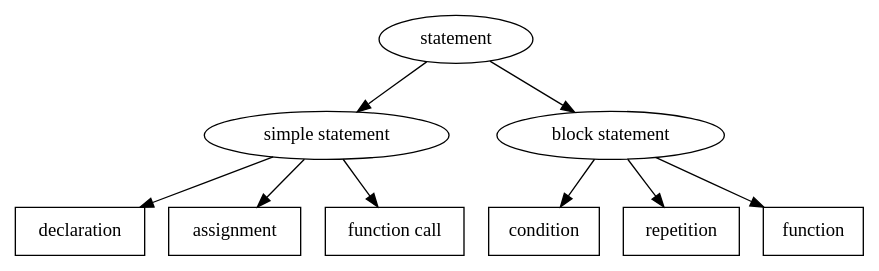
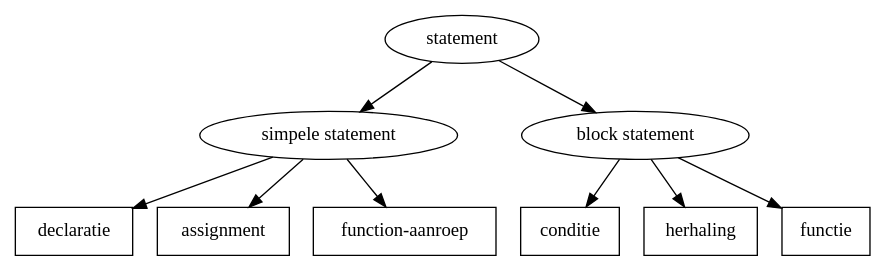
One commit to bartvoet/groupt_microcontrollers changed the diagram in graphviz/code_hierachy_of_statements.dot. Above: the diagram before and after it, drawn with Graphviz. The commit also changed 15 other files, not shown here.

```diff
--- a/graphviz/code_hierachy_of_statements.dot
+++ b/graphviz/code_hierachy_of_statements.dot
@@ -1,24 +1,24 @@
  digraph graphname {
 	statement[label="statement"];
-	simple_statement[label="simple statement"];
+	simple_statement[label="simpele statement"];
 	block_statement[label="block statement"];
 	statement -> simple_statement;
 	statement -> block_statement;
 	
-	declaration[label="declaration",shape=box]
+	declaration[label="declaratie",shape=box]
 	assignment[label="assignment",shape=box]
-	function_call[label="function call",shape=box]
+	function_call[label="function-aanroep",shape=box]
 	
 	simple_statement -> function_call
 	simple_statement -> assignment
 	simple_statement -> declaration
 
-	conditional_statement[label="condition",shape=box]
-	repeat_statement[label="repetition",shape=box]
-	function_statement[label="function",shape=box]
+	conditional_statement[label="conditie",shape=box]
+	repeat_statement[label="herhaling",shape=box]
+	function_statement[label="functie",shape=box]
 
 	block_statement -> conditional_statement;
 	block_statement -> repeat_statement;
 	block_statement -> function_statement;
 
 }
```
